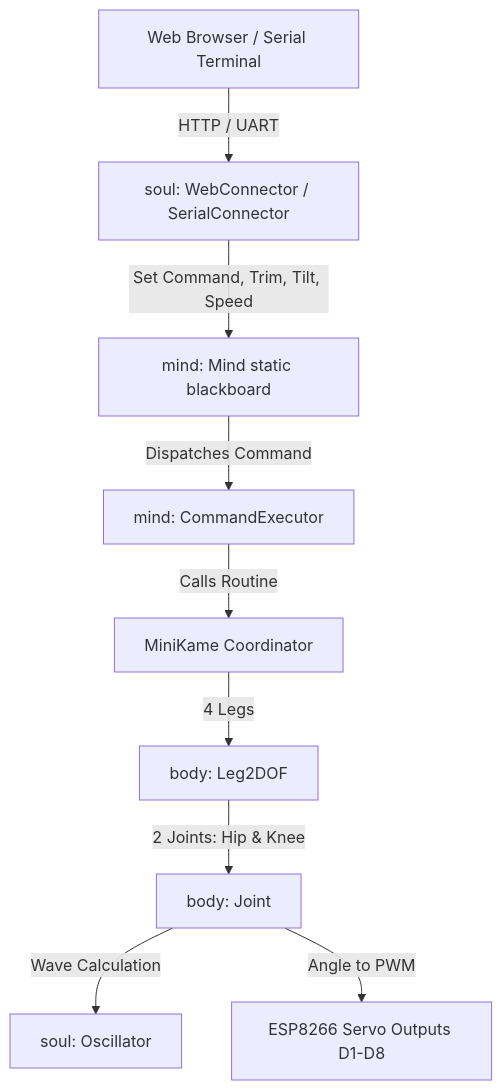
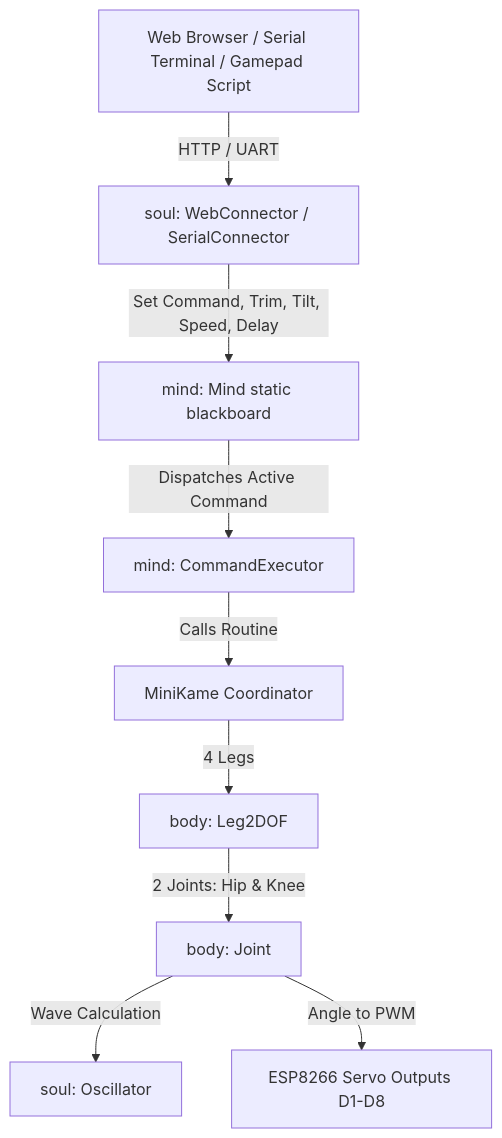
One commit to Jinnie/fairyKame changed the diagram in AGENTS.md. Above: the diagram before and after it, drawn with Mermaid. The commit also changed other lines of this file, not shown here.

````diff
--- a/AGENTS.md
+++ b/AGENTS.md
@@ -37,11 +68,11 @@
 ```mermaid
 graph TD
-    Client[Web Browser / Serial Terminal] -->|HTTP / UART| Soul[soul: WebConnector / SerialConnector]
-    Soul -->|Set Command, Trim, Tilt, Speed| Mind[mind: Mind static blackboard]
-    Mind -->|Dispatches Command| Executor[mind: CommandExecutor]
+    Client[Web Browser / Serial Terminal / Gamepad Script] -->|HTTP / UART| Soul[soul: WebConnector / SerialConnector]
+    Soul -->|Set Command, Trim, Tilt, Speed, Delay| Mind[mind: Mind static blackboard]
+    Mind -->|Dispatches Active Command| Executor[mind: CommandExecutor]
     Executor -->|Calls Routine| MiniKame[MiniKame Coordinator]
     MiniKame -->|4 Legs| Leg[body: Leg2DOF]
     Leg -->|2 Joints: Hip & Knee| Joint[body: Joint]
     Joint -->|Wave Calculation| Octosnake[soul: Oscillator]
     Joint -->|Angle to PWM| Servos[ESP8266 Servo Outputs D1-D8]
 ```
````
